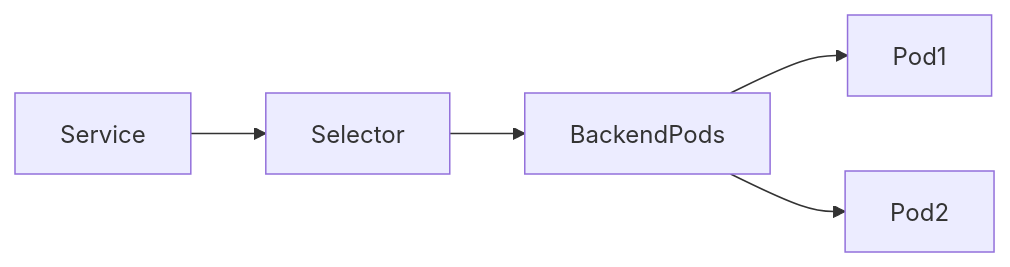
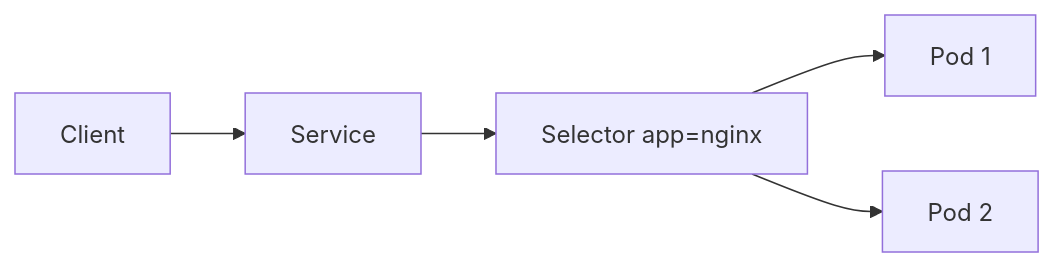
The second of 9 diagrams in 02-Detailed-Notes/08-Kubernetes/06-Labels & Selectors.md (akshayachar03/DevOps-Learning), drawn with Mermaid before and after one commit. The commit also changed other lines of this file, not shown here.

````diff
--- a/02-Detailed-Notes/08-Kubernetes/06-Labels & Selectors.md
+++ b/02-Detailed-Notes/08-Kubernetes/06-Labels & Selectors.md
@@ -57,13 +60,13 @@
 ```mermaid
 flowchart LR
+    Client[Client]
+    Service[Service]
+    Selector[Selector app=nginx]
+    Pod1[Pod 1]
+    Pod2[Pod 2]
 
-Service
-
-Service --> Selector
-
-Selector --> BackendPods
-
-BackendPods --> Pod1
-
-BackendPods --> Pod2
+    Client --> Service
+    Service --> Selector
+    Selector --> Pod1
+    Selector --> Pod2
 ```
````
